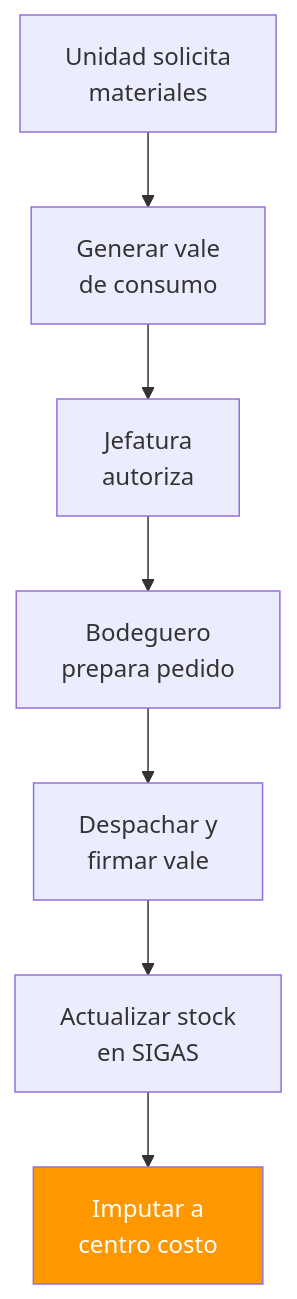
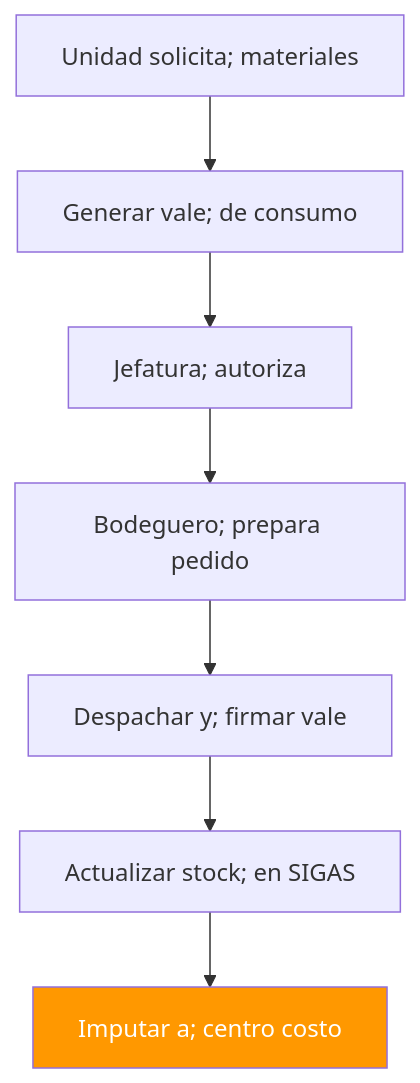
One commit to felix-antonio-sl/kora changed the fourth of 12 diagrams in drafts/gn/bpmn/bpmn-d05-inventarios-activo-fijo.md. Above: the diagram before and after it, drawn with Mermaid. The commit also changed other lines of this file and 265 other files, not shown here.

````diff
--- a/drafts/gn/bpmn/bpmn-d05-inventarios-activo-fijo.md
+++ b/drafts/gn/bpmn/bpmn-d05-inventarios-activo-fijo.md
@@ -128,10 +134,11 @@
 ```mermaid
 flowchart TD
-    A["Unidad solicita<br/>materiales"] --> B["Generar vale<br/>de consumo"]
-    B --> C["Jefatura<br/>autoriza"]
-    C --> D["Bodeguero<br/>prepara pedido"]
-    D --> E["Despachar y<br/>firmar vale"]
-    E --> F["Actualizar stock<br/>en SIGAS"]
-    F --> G["Imputar a<br/>centro costo"]
-    style G fill:#FF9800,color:#fff
+ A["Unidad solicita; materiales"] --> B["Generar vale; de consumo"]
+ B --> C["Jefatura; autoriza"]
+ C --> D["Bodeguero; prepara pedido"]
+ D --> E["Despachar y; firmar vale"]
+ E --> F["Actualizar stock; en SIGAS"]
+ F --> G["Imputar a; centro costo"]
+
+ style G fill:#FF9800,color:#fff
 ```
````
